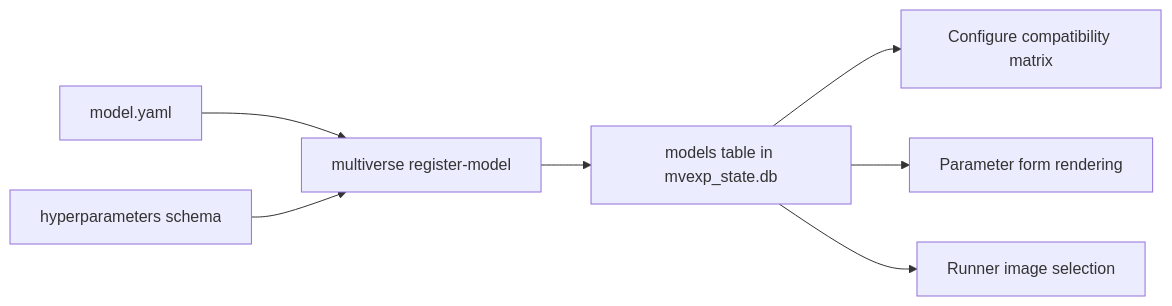
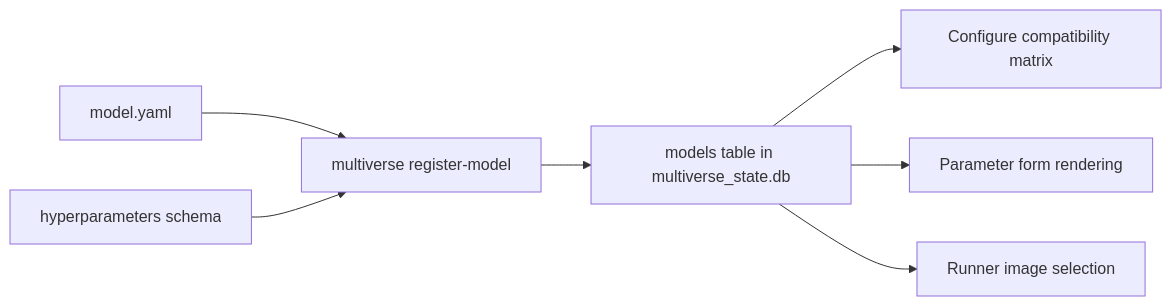
The diagram in docs/MODEL_REGISTRATION.md (sifrimlab/multiverse), drawn with Mermaid before and after one commit. The commit also changed other lines of this file and 103 other files, not shown here.

````diff
--- a/docs/MODEL_REGISTRATION.md
+++ b/docs/MODEL_REGISTRATION.md
@@ -9,9 +9,9 @@
 ```mermaid
 flowchart LR
     A[model.yaml] --> B[multiverse register-model]
     C[hyperparameters schema] --> B
-    B --> D[models table in mvexp_state.db]
+    B --> D[models table in multiverse_state.db]
     D --> E[Configure compatibility matrix]
     D --> F[Parameter form rendering]
     D --> G[Runner image selection]
 ```
````
